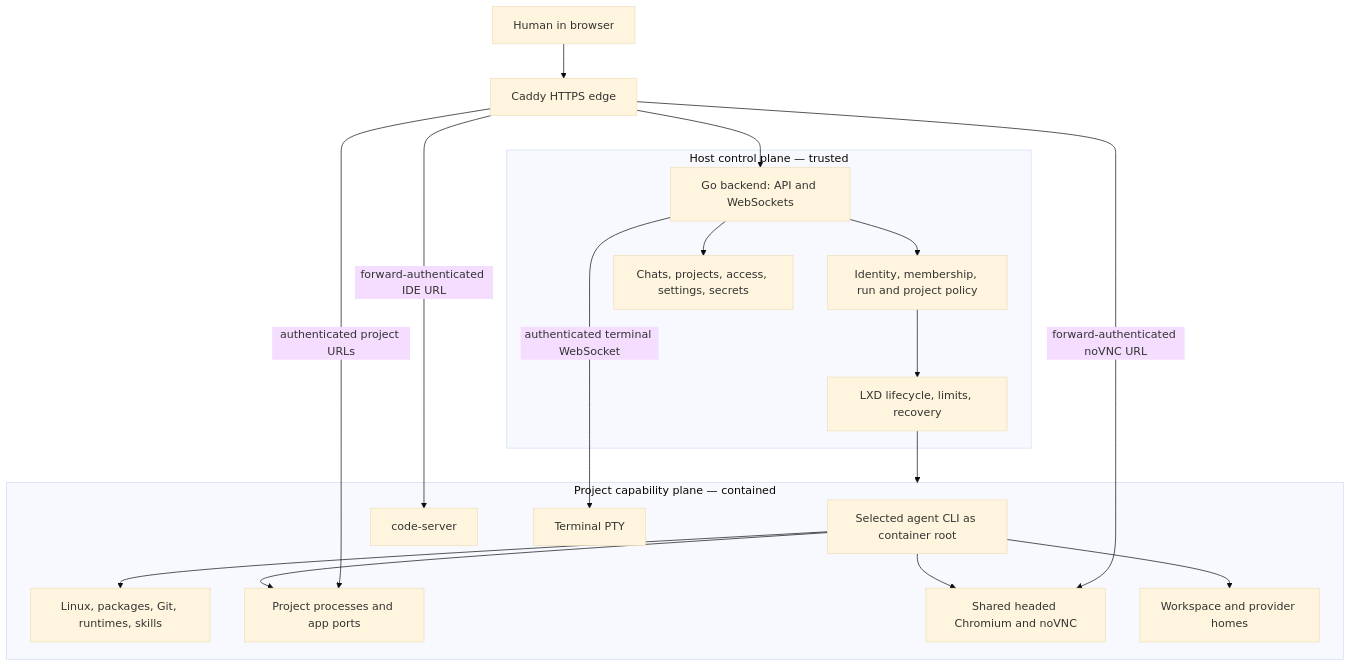
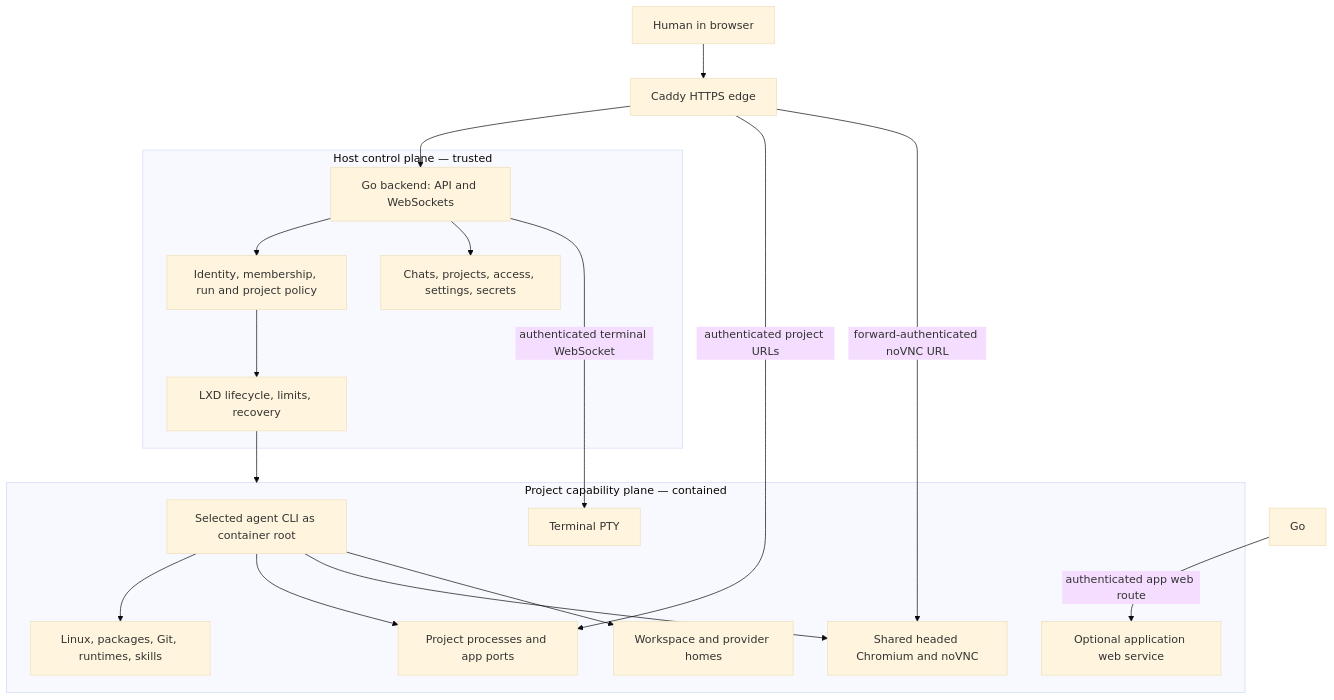
The third of 8 diagrams in docs/01-overview/00-philosophy.md (Ahmedwaleed22/remote.futrx), drawn with Mermaid (base theme) before and after one commit. The commit also changed other lines of this file and 80 other files, not shown here.

First line of the commit message:
feat(code-server): replace built-in editor with an independent application

````diff
--- a/docs/01-overview/00-philosophy.md
+++ b/docs/01-overview/00-philosophy.md
@@ -118,36 +118,36 @@
 ```mermaid
 flowchart TB
     Human["Human in browser"] --> Edge["Caddy HTTPS edge"]
 
     subgraph Host["Host control plane — trusted"]
         API["Go backend: API and WebSockets"]
         Policy["Identity, membership, run and project policy"]
         Stores["Chats, projects, access, settings, secrets"]
         Orchestrator["LXD lifecycle, limits, recovery"]
     end
 
     Edge --> API
     API --> Policy
     API --> Stores
     Policy --> Orchestrator
 
     subgraph Cell["Project capability plane — contained"]
         Agent["Selected agent CLI as container root"]
         Tools["Linux, packages, Git, runtimes, skills"]
         Apps["Project processes and app ports"]
         Browser["Shared headed Chromium and noVNC"]
-        IDE["code-server"]
+        WebApp["Optional application web service"]
         Terminal["Terminal PTY"]
         Durable["Workspace and provider homes"]
     end
 
     Orchestrator --> Cell
     Agent --> Tools
     Agent --> Apps
     Agent --> Browser
     Agent --> Durable
     API -->|"authenticated terminal WebSocket"| Terminal
     Edge -->|"authenticated project URLs"| Apps
-    Edge -->|"forward-authenticated IDE URL"| IDE
+    Go -->|"authenticated app web route"| WebApp
     Edge -->|"forward-authenticated noVNC URL"| Browser
 ```
````
